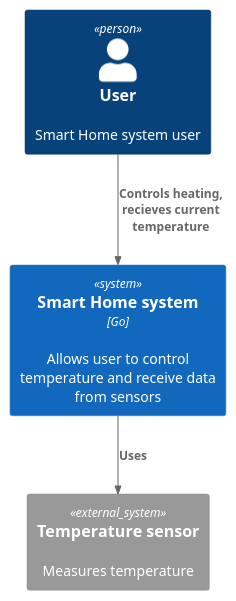
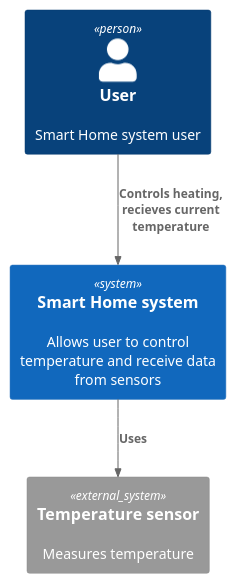
One commit to Madm1key/architecture-warmhouse changed the diagram in diagram/context/SmartHome_Context.puml. Above: the diagram before and after it, drawn with PlantUML. The commit also changed 3 other files, not shown here.

Commit message:
doc: обновлены диаграммы C4 для системы умного дома

```diff
--- a/diagram/context/SmartHome_Context.puml
+++ b/diagram/context/SmartHome_Context.puml
@@ -1,10 +1,10 @@
 @startuml
 !include https://raw.githubusercontent.com/plantuml-stdlib/C4-PlantUML/master/C4_Context.puml
 
 Person(user, "User", "Smart Home system user")
-System(app, "Smart Home system", "Allows user to control temperature and receive data from sensors", $type="Go")
+System(app, "Smart Home system", "Allows user to control temperature and receive data from sensors")
 System_Ext(sensor, "Temperature sensor", $descr="Measures temperature")
 
 Rel(user, app, "Controls heating, recieves current temperature")
 Rel(app, sensor, "Uses")
 @enduml
```
